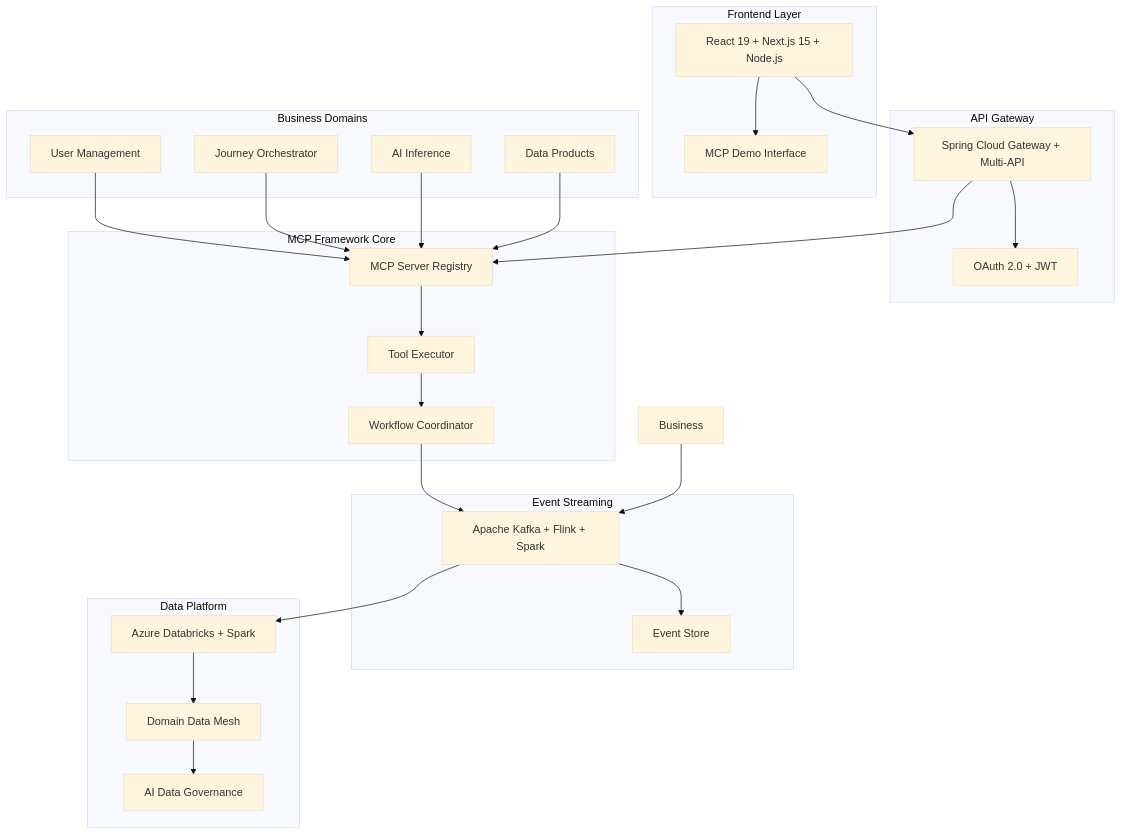
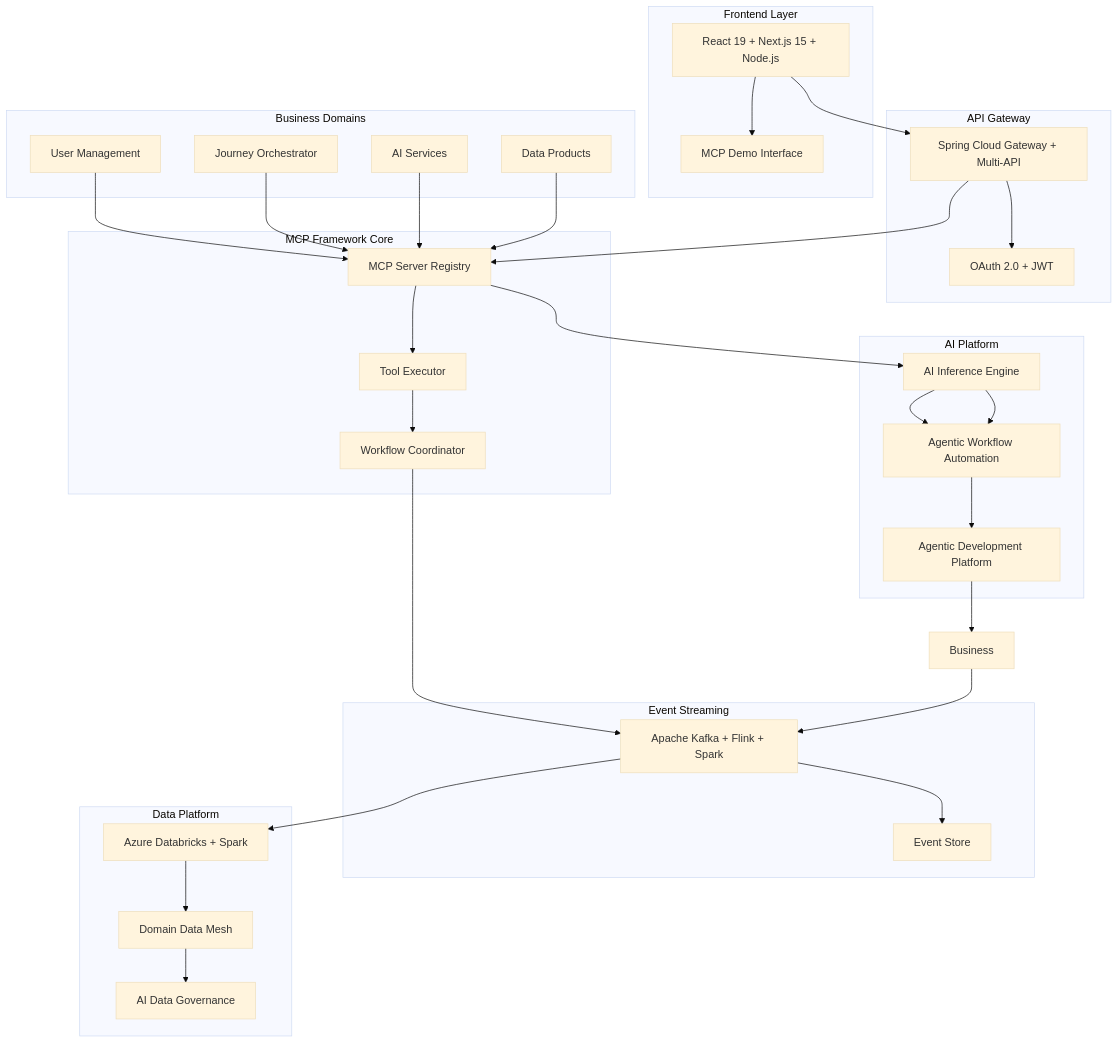
The first of 6 diagrams in README.md (calvinlee999/react_next_java_journey), drawn with Mermaid (base theme) before and after one commit. The commit also changed other lines of this file and 1 other file, not shown here.

First line of the commit message:
Add Comprehensive AI Platform Architecture

````diff
--- a/README.md
+++ b/README.md
@@ -20,57 +20,69 @@
 ```mermaid
 graph TB
     subgraph "Frontend Layer"
         UI[React 19 + Next.js 15 + Node.js]
         Demo[MCP Demo Interface]
         UI --> Demo
     end
     
     subgraph "API Gateway"
         Gateway[Spring Cloud Gateway + Multi-API]
         Auth[OAuth 2.0 + JWT]
         Gateway --> Auth
     end
     
     subgraph "MCP Framework Core"
         Registry[MCP Server Registry]
         Executor[Tool Executor]
         Coordinator[Workflow Coordinator]
         
         Registry --> Executor
         Executor --> Coordinator
     end
     
+    subgraph "AI Platform"
+        AIInference[AI Inference Engine]
+        AgenticWorkflow[Agentic Workflow Automation]
+        AgenticDev[Agentic Development Platform]
+        
+        AIInference --> AgenticWorkflow
+        AgenticWorkflow --> AgenticDev
+    end
+    
     subgraph "Business Domains"
         User[User Management]
         Journey[Journey Orchestrator]
-        AI[AI Inference]
+        AIServices[AI Services]
         Data[Data Products]
         
         User --> Registry
         Journey --> Registry
-        AI --> Registry
+        AIServices --> Registry
         Data --> Registry
     end
     
     subgraph "Event Streaming"
         Kafka[Apache Kafka + Flink + Spark]
         Events[Event Store]
         
         Kafka --> Events
     end
     
     subgraph "Data Platform"
         Databricks[Azure Databricks + Spark]
         DataMesh[Domain Data Mesh]
         Governance[AI Data Governance]
         
         Databricks --> DataMesh
         DataMesh --> Governance
     end
     
     UI --> Gateway
     Gateway --> Registry
+    Registry --> AIInference
+    AIInference --> AgenticWorkflow
+    AgenticDev --> Business
     Coordinator --> Kafka
     Business --> Kafka
     Kafka --> Databricks
 ```
````
